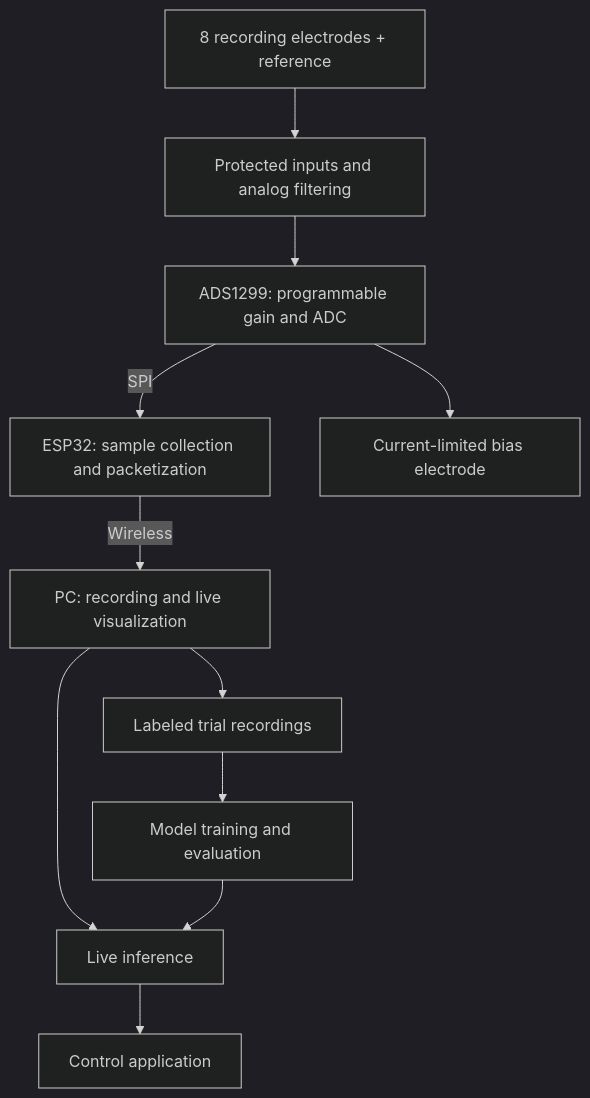
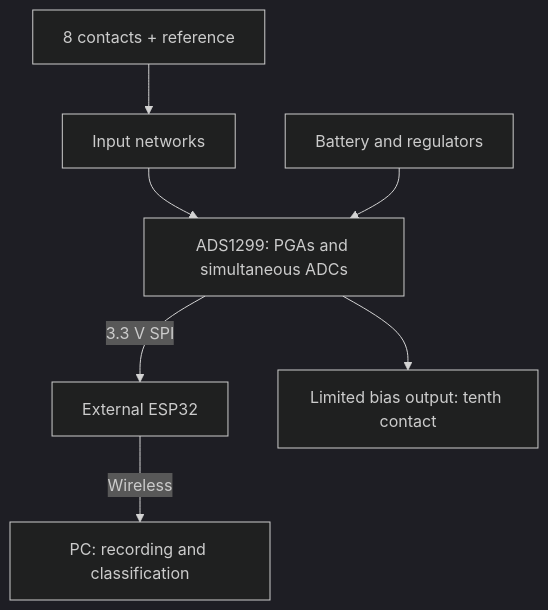
The diagram in README.md (kamenzh/neuronics-eeg), drawn with Mermaid (dark theme) before and after one commit. The commit also changed other lines of this file and 66 other files, not shown here.

````diff
--- a/README.md
+++ b/README.md
@@ -31,13 +15,9 @@
 ```mermaid
 flowchart TD
-    E["8 recording electrodes + reference"] --> P["Protected inputs and analog filtering"]
-    P --> A["ADS1299: programmable gain and ADC"]
-    A -->|SPI| M["ESP32: sample collection and packetization"]
-    A --> B["Current-limited bias electrode"]
-    M -->|Wireless| R["PC: recording and live visualization"]
-    R --> D["Labeled trial recordings"]
-    D --> T["Model training and evaluation"]
-    R --> I["Live inference"]
-    T --> I
-    I --> C["Control application"]
+    E["8 contacts + reference"] --> P["Input networks"]
+    P --> A["ADS1299: PGAs and simultaneous ADCs"]
+    A -->|"3.3 V SPI"| M["External ESP32"]
+    A --> B["Limited bias output: tenth contact"]
+    M -->|"Wireless"| C["PC: recording and classification"]
+    V["Battery and regulators"] --> A
 ```
````
